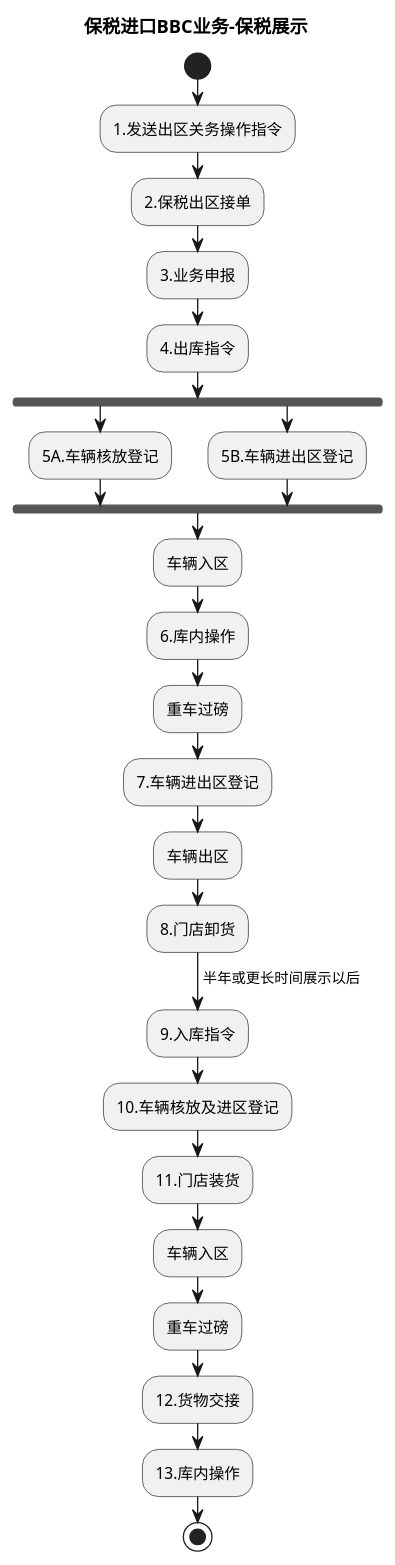
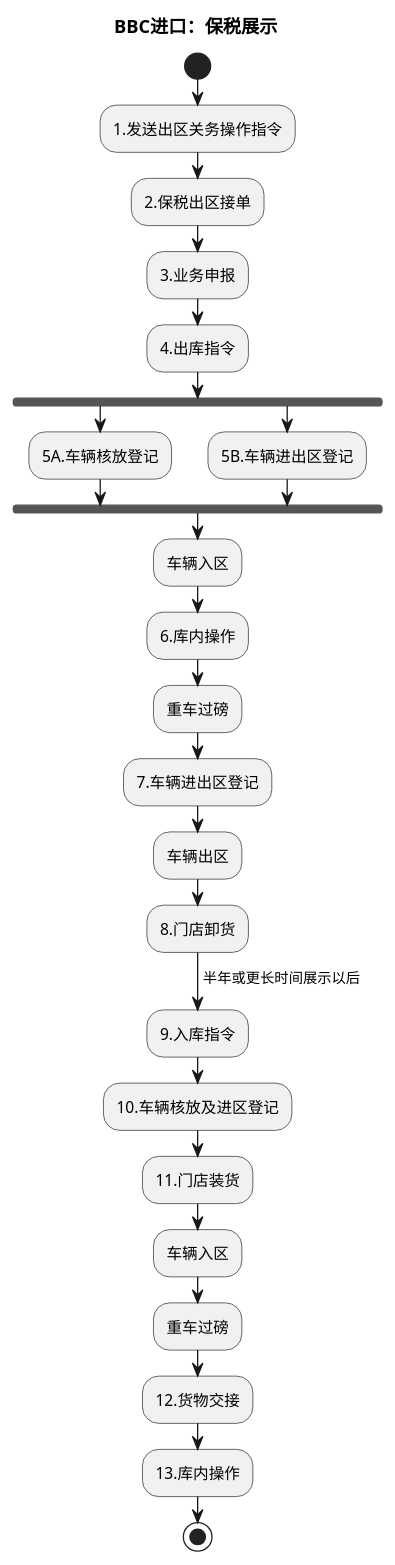
Before and after one commit to jack888332/projects-doc: diagram 12 of 12 in product-caliber/goldjet/segmented-prd/mainflow/PRD.高捷物流系统一期.主流程.06.跨境电商BBC进口详细流程.md, drawn with PlantUML. The commit also changed other lines of this file and 20 other files, not shown here.

Commit message:
优化流程表对应的DLS图

````diff
--- a/product-caliber/goldjet/segmented-prd/mainflow/PRD.高捷物流系统一期.主流程.06.跨境电商BBC进口详细流程.md
+++ b/product-caliber/goldjet/segmented-prd/mainflow/PRD.高捷物流系统一期.主流程.06.跨境电商BBC进口详细流程.md
@@ -410,30 +433,31 @@
 ```plantuml
 @startuml
-title 保税进口BBC业务-保税展示
+skinparam activityDiamondBackgroundColor #FFF4CC
+title BBC进口：保税展示
 start
 :1.发送出区关务操作指令;
 :2.保税出区接单;
 :3.业务申报;
 :4.出库指令;
 fork
   :5A.车辆核放登记;
 fork again
   :5B.车辆进出区登记;
 end fork
 :车辆入区;
 :6.库内操作;
 :重车过磅;
 :7.车辆进出区登记;
 :车辆出区;
 :8.门店卸货;
 -> 半年或更长时间展示以后;
 :9.入库指令;
 :10.车辆核放及进区登记;
 :11.门店装货;
 :车辆入区;
 :重车过磅;
 :12.货物交接;
 :13.库内操作;
 stop
 @enduml
 ```
````
